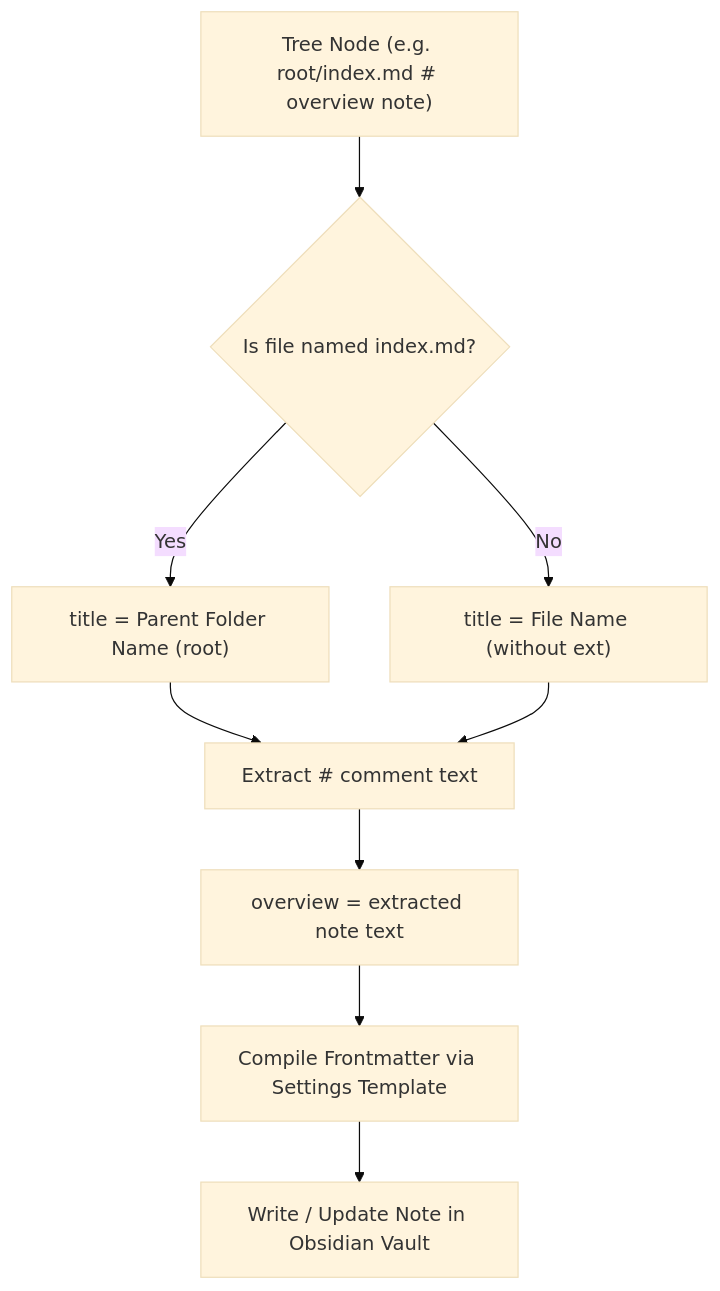
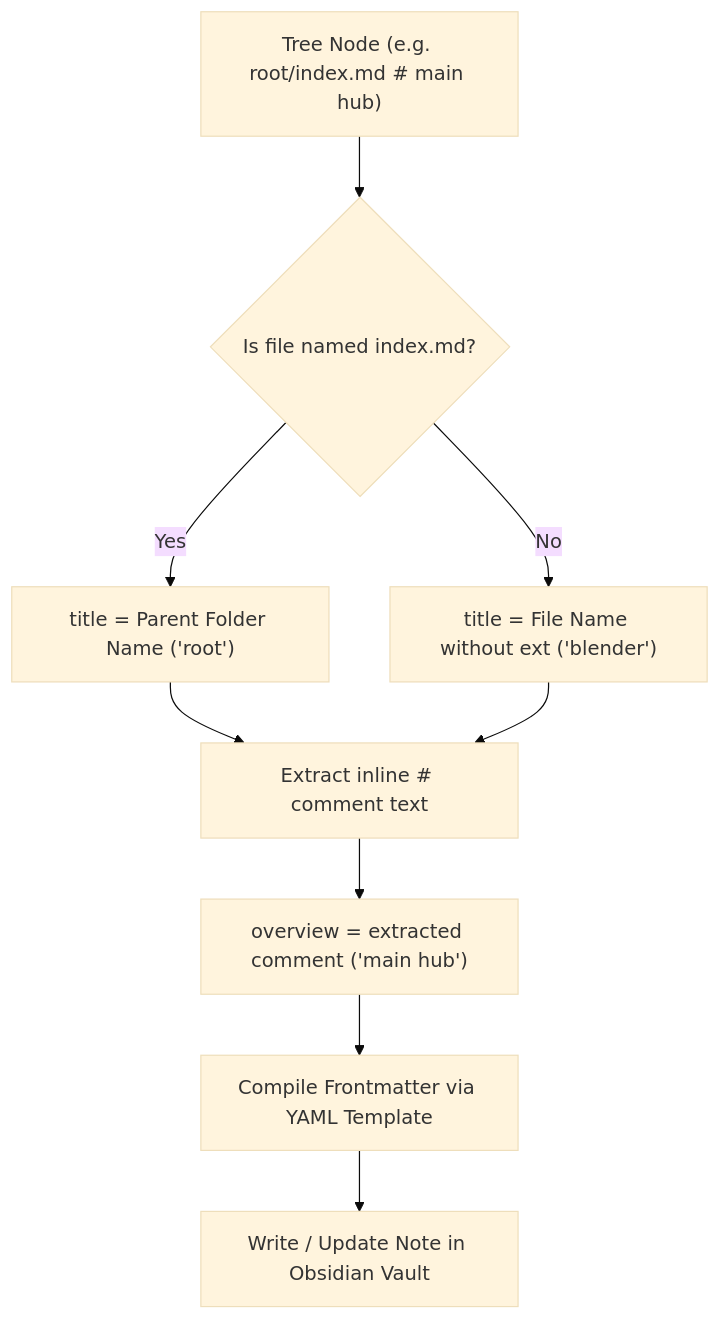
Before and after one commit to pakcli/panel: the diagram in docs/brief-panel-tree-vault-sync.md, drawn with Mermaid (base theme). The commit also changed other lines of this file, not shown here.

Commit message:
docs(panel): update brief-panel-tree-vault-sync with 3 sync modes (status 0)

````diff
--- a/docs/brief-panel-tree-vault-sync.md
+++ b/docs/brief-panel-tree-vault-sync.md
@@ -36,11 +49,11 @@
 ```mermaid
 flowchart TD
-    Node["Tree Node (e.g. root/index.md # overview note)"] --> CheckIndex{"Is file named index.md?"}
-    CheckIndex -- Yes --> UseFolderName["title = Parent Folder Name (root)"]
-    CheckIndex -- No --> UseFileName["title = File Name (without ext)"]
-    UseFolderName --> ParseNote["Extract # comment text"]
+    Node["Tree Node (e.g. root/index.md # main hub)"] --> CheckIndex{"Is file named index.md?"}
+    CheckIndex -- Yes --> UseFolderName["title = Parent Folder Name ('root')"]
+    CheckIndex -- No --> UseFileName["title = File Name without ext ('blender')"]
+    UseFolderName --> ParseNote["Extract inline # comment text"]
     UseFileName --> ParseNote
-    ParseNote --> MapOverview["overview = extracted note text"]
-    MapOverview --> RenderTemplate["Compile Frontmatter via Settings Template"]
+    ParseNote --> MapOverview["overview = extracted comment ('main hub')"]
+    MapOverview --> RenderTemplate["Compile Frontmatter via YAML Template"]
     RenderTemplate --> VaultWrite["Write / Update Note in Obsidian Vault"]
 ```
````
